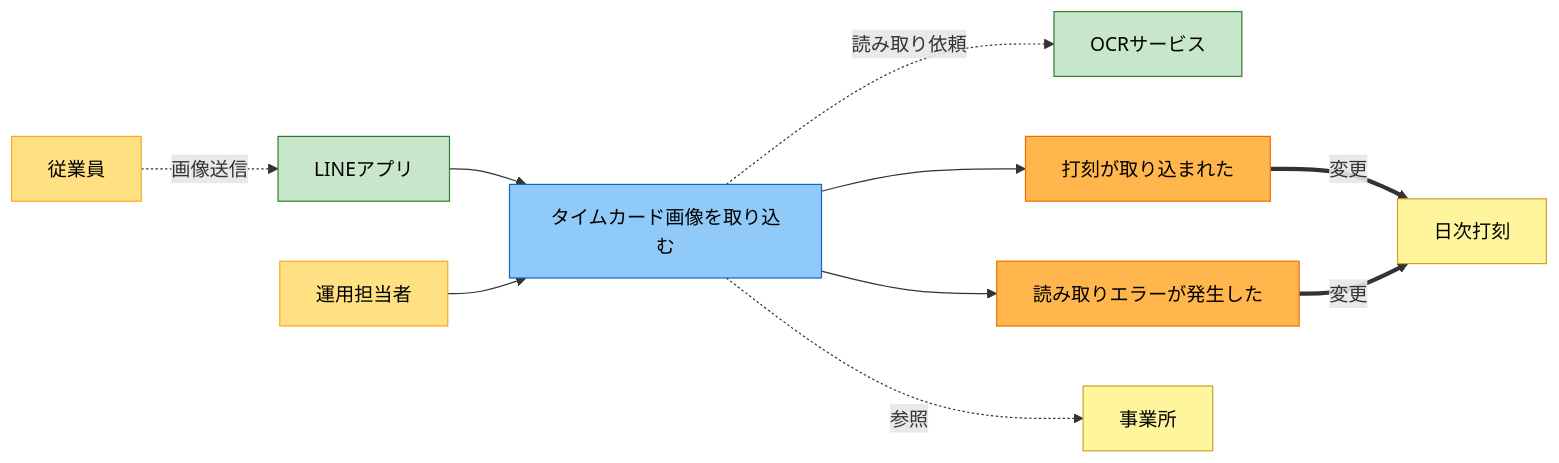
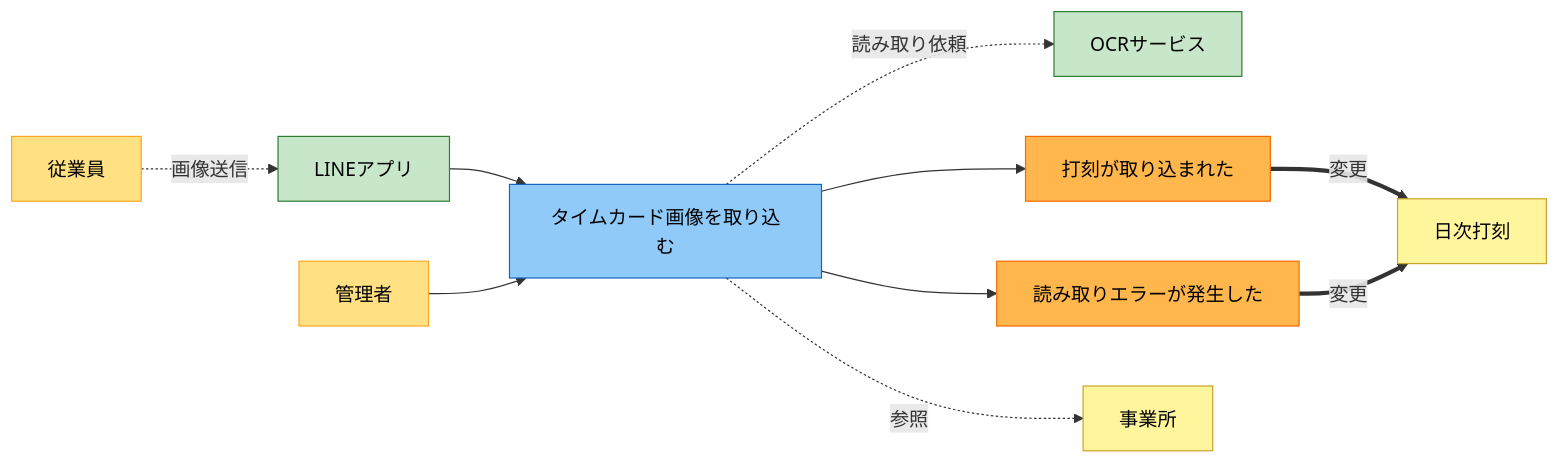
Before and after one commit to junichi1225-lang/Payroll-Admin: the third of 11 diagrams in rdra/analysis.md, drawn with Mermaid. The commit also changed other lines of this file and 1 other file, not shown here.

````diff
--- a/rdra/analysis.md
+++ b/rdra/analysis.md
@@ -190,28 +190,28 @@
 ```mermaid
 flowchart LR
   emp["従業員"]:::actor
-  ope["運用担当者"]:::actor
+  ope["管理者"]:::actor
   line["LINEアプリ"]:::external
   ocr["OCRサービス"]:::external
   cmd["タイムカード画像を取り込む"]:::command
   ok["打刻が取り込まれた"]:::event
   ng["読み取りエラーが発生した"]:::event
   tc["日次打刻"]:::entity
   wp["事業所"]:::entity
 
   emp -.画像送信.-> line
   line --> cmd
   ope --> cmd
   cmd -.読み取り依頼.-> ocr
   cmd --> ok
   cmd --> ng
   cmd -.参照.-> wp
   ok ==変更==> tc
   ng ==変更==> tc
 
   classDef actor fill:#FFE082,stroke:#F9A825,color:#000
   classDef command fill:#90CAF9,stroke:#1565C0,color:#000
   classDef event fill:#FFB74D,stroke:#EF6C00,color:#000
   classDef entity fill:#FFF59D,stroke:#C9A227,color:#000
   classDef external fill:#C8E6C9,stroke:#2E7D32,color:#000
 ```
````
